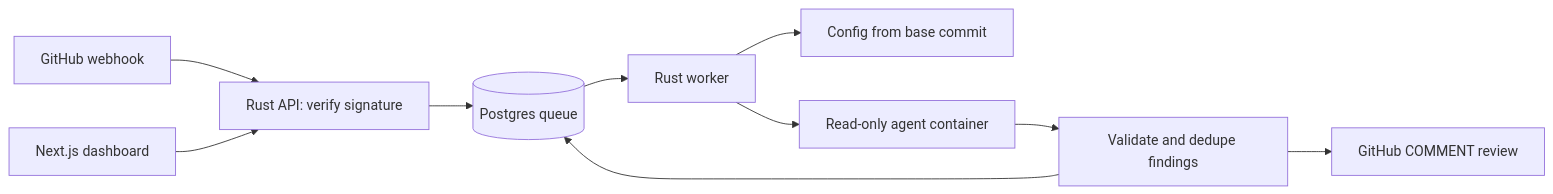
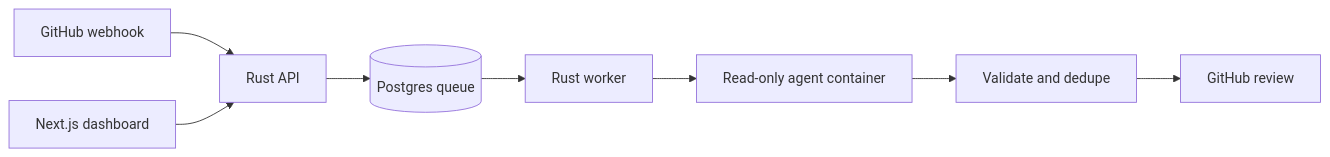
The diagram in README.md (kacigaya/crocode), drawn with Mermaid before and after one commit. The commit also changed other lines of this file, not shown here.

````diff
--- a/README.md
+++ b/README.md
@@ -11,12 +27,10 @@
 ```mermaid
 flowchart LR
-    GH[GitHub webhook] --> API[Rust API: verify signature]
+    GH[GitHub webhook] --> API[Rust API]
     API --> DB[(Postgres queue)]
     DB --> Worker[Rust worker]
-    Worker --> Base[Config from base commit]
     Worker --> Sandbox[Read-only agent container]
-    Sandbox --> Validate[Validate and dedupe findings]
-    Validate --> Review[GitHub COMMENT review]
-    Validate --> DB
+    Sandbox --> Validate[Validate and dedupe]
+    Validate --> Review[GitHub review]
     Web[Next.js dashboard] --> API
 ```
````
